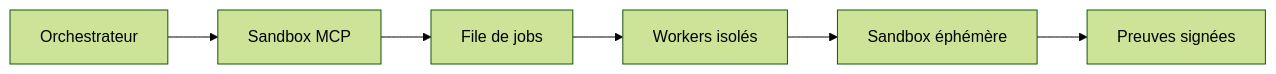
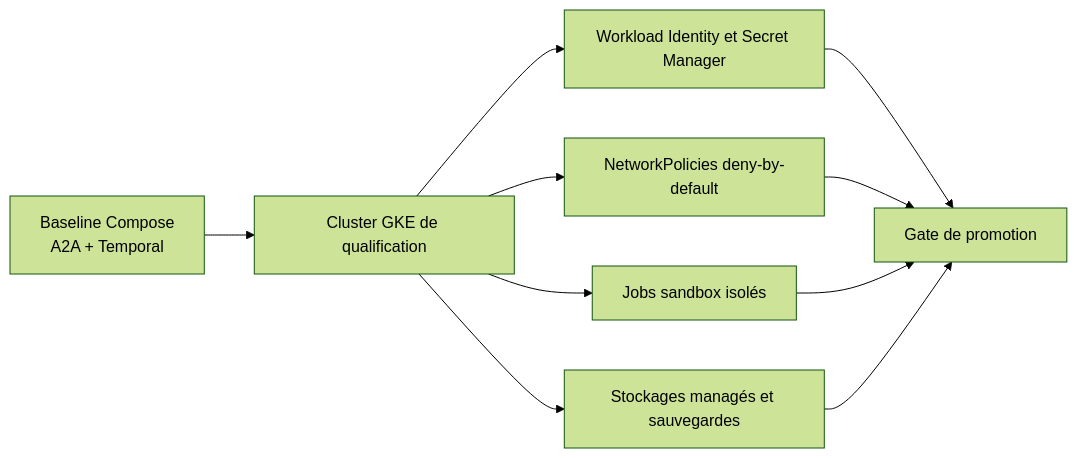
One commit to dbeaumont/ai-software-factory-local changed the diagram in docs/delivery/roadmap/ameliorations-usine-logicielle-ia.md. Above: the diagram before and after it, drawn with Mermaid (forest theme). The commit also changed other lines of this file and 28 other files, not shown here.

````diff
--- a/docs/delivery/roadmap/ameliorations-usine-logicielle-ia.md
+++ b/docs/delivery/roadmap/ameliorations-usine-logicielle-ia.md
@@ -76,8 +59,12 @@
 ```mermaid
 flowchart LR
-    O[Orchestrateur] --> M[Sandbox MCP]
-    M --> Q[File de jobs]
-    Q --> W[Workers isolés]
-    W --> S[Sandbox éphémère]
-    S --> E[Preuves signées]
+  LOCAL[Baseline Compose<br/>A2A + Temporal] --> CLUSTER[Cluster GKE de qualification]
+  CLUSTER --> IAM[Workload Identity et Secret Manager]
+  CLUSTER --> NET[NetworkPolicies deny-by-default]
+  CLUSTER --> JOBS[Jobs sandbox isolés]
+  CLUSTER --> DATA[Stockages managés et sauvegardes]
+  IAM --> GATE[Gate de promotion]
+  NET --> GATE
+  JOBS --> GATE
+  DATA --> GATE
 ```
````
